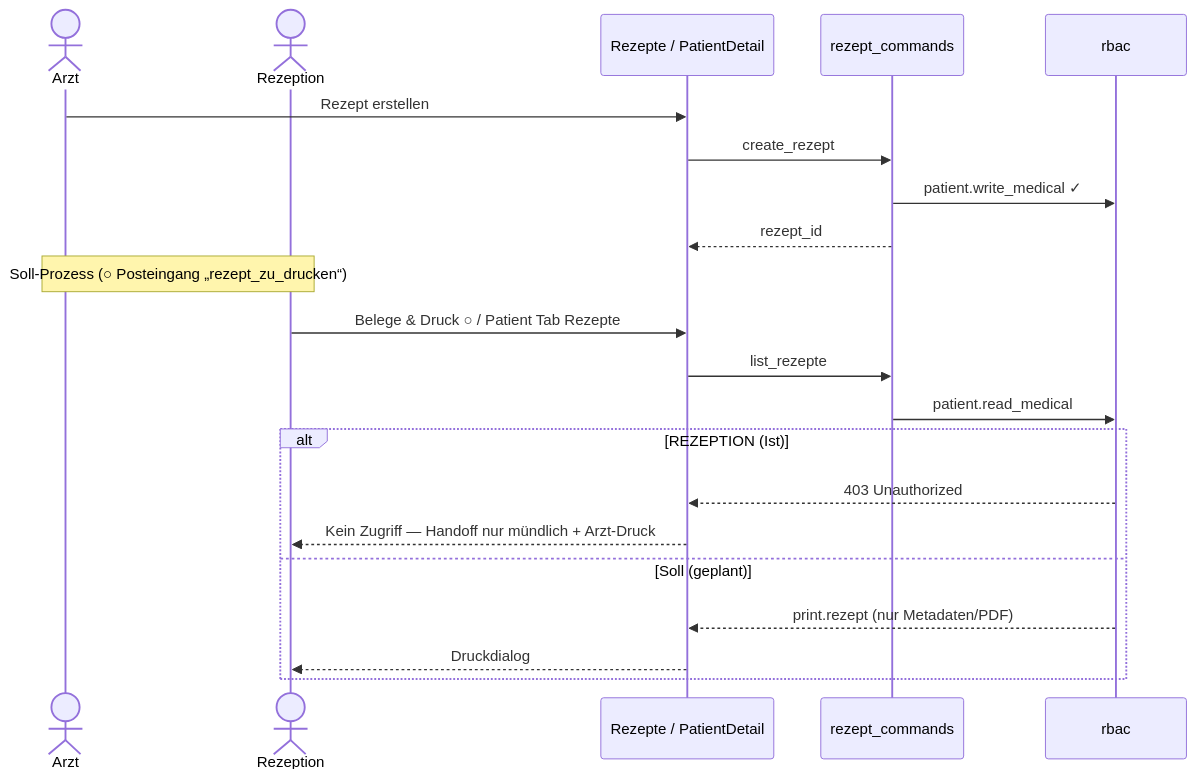
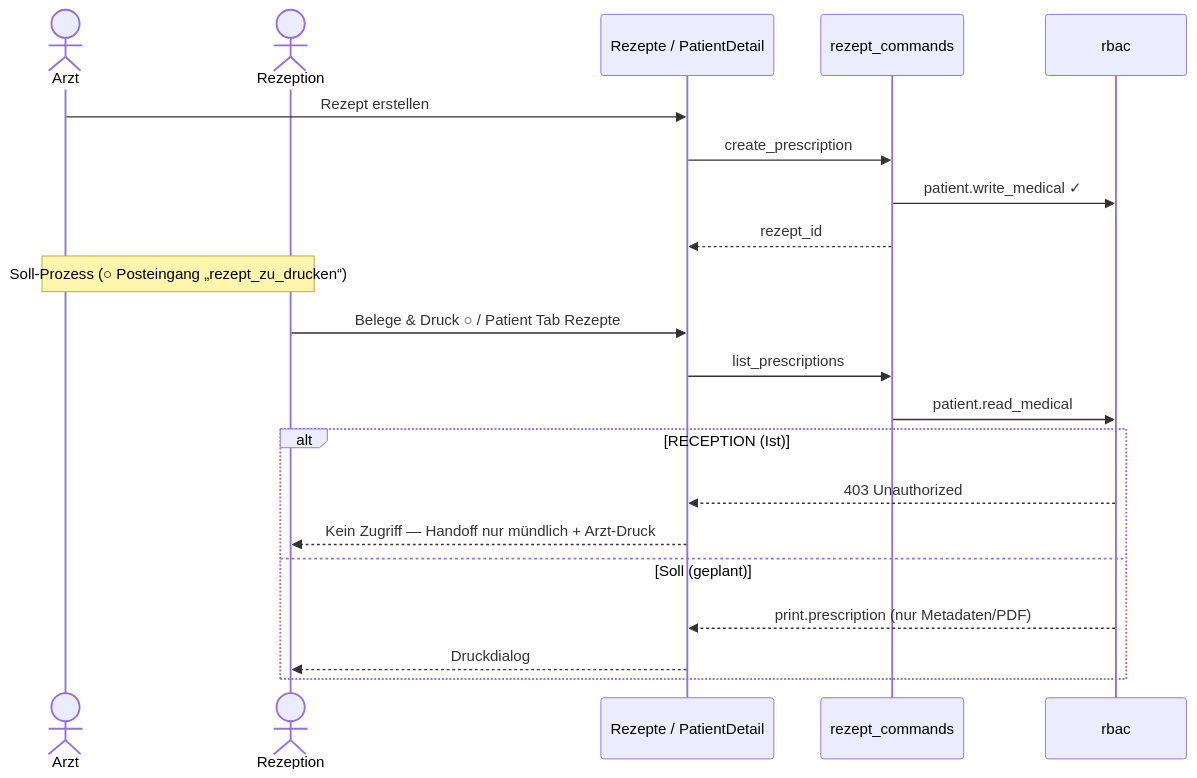
One commit to Achrafbennanizia/Medoc changed the fourth of 5 diagrams in docs/uml/08-arzt-rezeption-kollaboration.md. Above: the diagram before and after it, drawn with Mermaid. The commit also changed other lines of this file and 1081 other files, not shown here.

````diff
--- a/docs/uml/08-arzt-rezeption-kollaboration.md
+++ b/docs/uml/08-arzt-rezeption-kollaboration.md
@@ -212,26 +212,26 @@
 ```mermaid
 sequenceDiagram
-    actor ARZT as Arzt
+    actor PHYSICIAN as Arzt
     actor REZ as Rezeption
     participant UI as Rezepte / PatientDetail
     participant IPC as rezept_commands
     participant RBAC as rbac
 
-    ARZT->>UI: Rezept erstellen
-    UI->>IPC: create_rezept
+    PHYSICIAN->>UI: Rezept erstellen
+    UI->>IPC: create_prescription
     IPC->>RBAC: patient.write_medical ✓
     IPC-->>UI: rezept_id
 
-    Note over ARZT,REZ: Soll-Prozess (○ Posteingang „rezept_zu_drucken“)
+    Note over PHYSICIAN,REZ: Soll-Prozess (○ Posteingang „rezept_zu_drucken“)
 
     REZ->>UI: Belege & Druck ○ / Patient Tab Rezepte
-    UI->>IPC: list_rezepte
+    UI->>IPC: list_prescriptions
     IPC->>RBAC: patient.read_medical
-    alt REZEPTION (Ist)
+    alt RECEPTION (Ist)
         RBAC-->>UI: 403 Unauthorized
         UI-->>REZ: Kein Zugriff — Handoff nur mündlich + Arzt-Druck
     else Soll (geplant)
-        RBAC-->>UI: print.rezept (nur Metadaten/PDF)
+        RBAC-->>UI: print.prescription (nur Metadaten/PDF)
         UI-->>REZ: Druckdialog
     end
 ```
````
